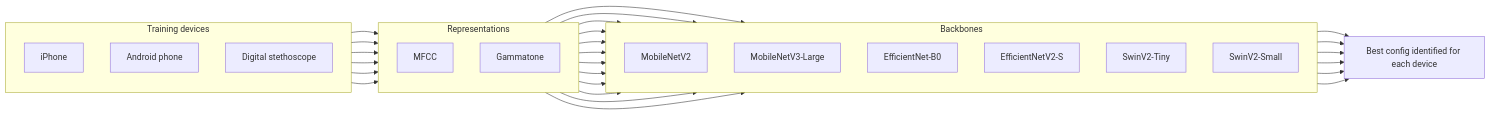
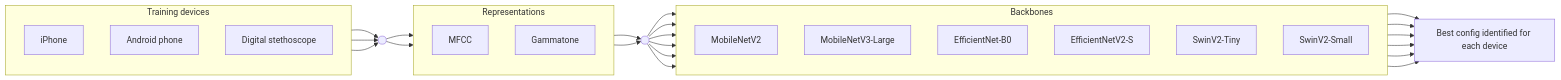
The first of 3 diagrams in README.md (anywheredoor/phonocardiogram-lvef-deeplearning), drawn with Mermaid before and after one commit. The commit also changed other lines of this file, not shown here.

````diff
--- a/README.md
+++ b/README.md
@@ -104,47 +104,44 @@
 ```mermaid
 flowchart LR
     subgraph WD["Training devices"]
         direction TB
         WD1["iPhone"]
         WD2["Android phone"]
         WD3["Digital stethoscope"]
     end
     subgraph WR["Representations"]
         direction TB
         WR1["MFCC"]
         WR2["Gammatone"]
     end
     subgraph WB["Backbones"]
         direction TB
         WB1["MobileNetV2"]
         WB2["MobileNetV3-Large"]
         WB3["EfficientNet-B0"]
         WB4["EfficientNetV2-S"]
         WB5["SwinV2-Tiny"]
         WB6["SwinV2-Small"]
     end
-    WD1 --> WR1
-    WD1 --> WR2
-    WD2 --> WR1
-    WD2 --> WR2
-    WD3 --> WR1
-    WD3 --> WR2
-    WR1 --> WB1
-    WR1 --> WB2
-    WR1 --> WB3
-    WR1 --> WB4
-    WR1 --> WB5
-    WR1 --> WB6
-    WR2 --> WB1
-    WR2 --> WB2
-    WR2 --> WB3
-    WR2 --> WB4
-    WR2 --> WB5
-    WR2 --> WB6
+    J1(( ))
+    J2(( ))
+    WD1 --> J1
+    WD2 --> J1
+    WD3 --> J1
+    J1 --> WR1
+    J1 --> WR2
+    WR1 --> J2
+    WR2 --> J2
+    J2 --> WB1
+    J2 --> WB2
+    J2 --> WB3
+    J2 --> WB4
+    J2 --> WB5
+    J2 --> WB6
     WB1 --> S["Best config identified for each device"]
     WB2 --> S
     WB3 --> S
     WB4 --> S
     WB5 --> S
     WB6 --> S
 ```
````
